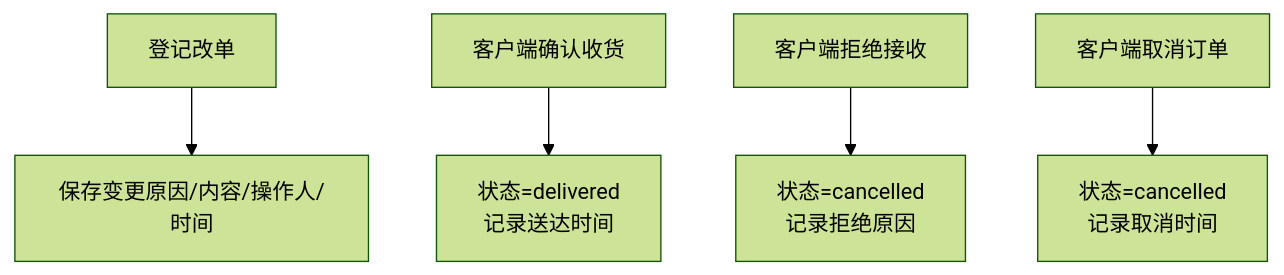
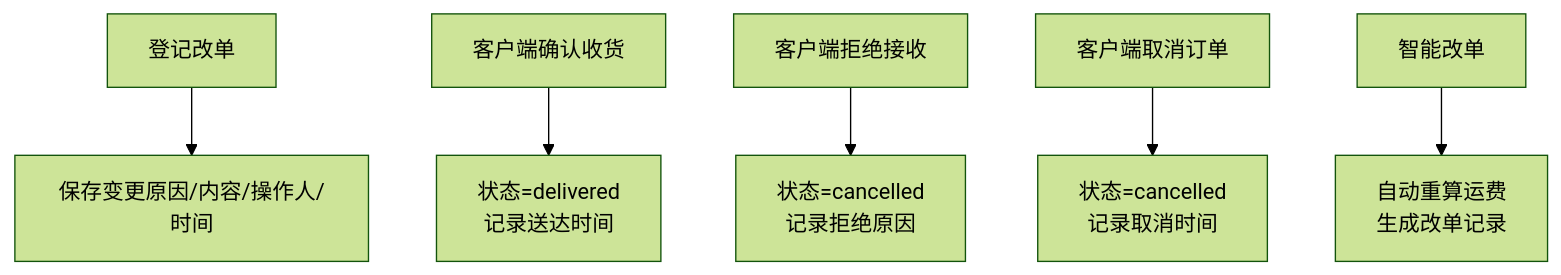
The sixth of 11 diagrams in .qoder/repowiki/zh/content/系统管理模块/运营管理/订单管理.md (PengLine/blog-tms), drawn with Mermaid (forest theme) before and after one commit. The commit also changed other lines of this file and 101 other files, not shown here.

````diff
--- a/.qoder/repowiki/zh/content/系统管理模块/运营管理/订单管理.md
+++ b/.qoder/repowiki/zh/content/系统管理模块/运营管理/订单管理.md
@@ -346,7 +386,8 @@
 ```mermaid
 flowchart TD
 A["登记改单"] --> B["保存变更原因/内容/操作人/时间"]
 C["客户端确认收货"] --> D["状态=delivered<br/>记录送达时间"]
 E["客户端拒绝接收"] --> F["状态=cancelled<br/>记录拒绝原因"]
 G["客户端取消订单"] --> H["状态=cancelled<br/>记录取消时间"]
+I["智能改单"] --> J["自动重算运费<br/>生成改单记录"]
 ```
````
